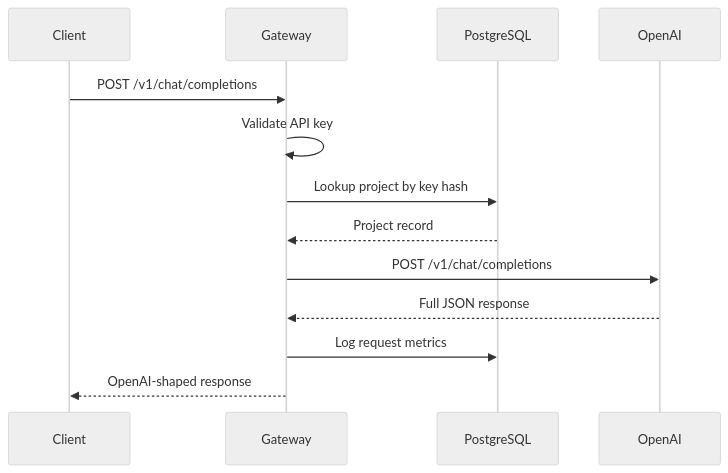
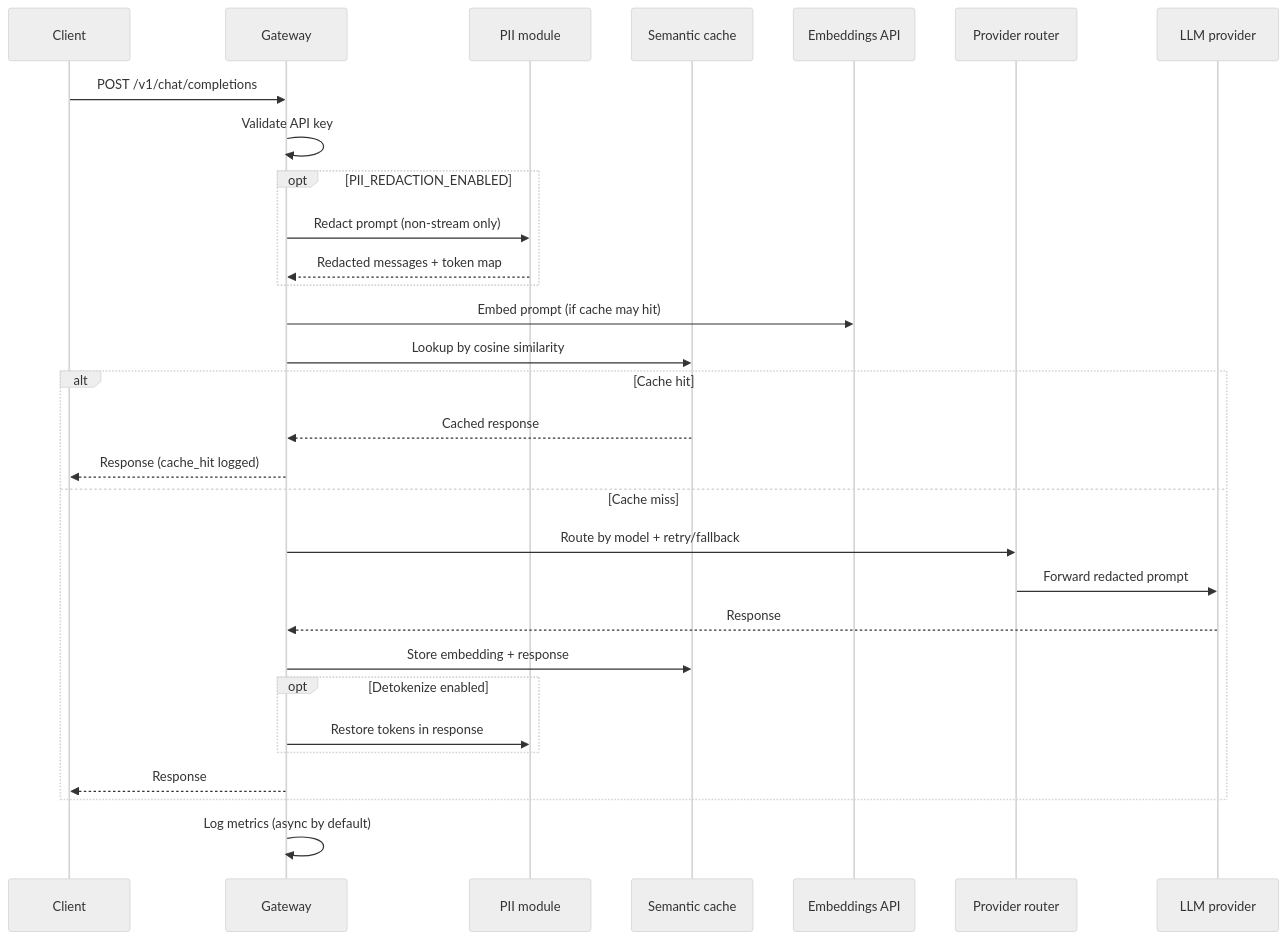
One commit to AseelHerzallah1/llm-gateway changed the second of 4 diagrams in docs/ARCHITECTURE.md. Above: the diagram before and after it, drawn with Mermaid (neutral theme). The commit also changed other lines of this file and 23 other files, not shown here.

````diff
--- a/docs/ARCHITECTURE.md
+++ b/docs/ARCHITECTURE.md
@@ -19,16 +21,33 @@
 ```mermaid
 sequenceDiagram
     participant C as Client
     participant G as Gateway
-    participant DB as PostgreSQL
-    participant O as OpenAI
+    participant PII as PII module
+    participant Cache as Semantic cache
+    participant E as Embeddings API
+    participant R as Provider router
+    participant P as LLM provider
 
     C->>G: POST /v1/chat/completions
     G->>G: Validate API key
-    G->>DB: Lookup project by key hash
-    DB-->>G: Project record
-    G->>O: POST /v1/chat/completions
-    O-->>G: Full JSON response
-    G->>DB: Log request metrics
-    G-->>C: OpenAI-shaped response
+    opt PII_REDACTION_ENABLED
+        G->>PII: Redact prompt (non-stream only)
+        PII-->>G: Redacted messages + token map
+    end
+    G->>E: Embed prompt (if cache may hit)
+    G->>Cache: Lookup by cosine similarity
+    alt Cache hit
+        Cache-->>G: Cached response
+        G-->>C: Response (cache_hit logged)
+    else Cache miss
+        G->>R: Route by model + retry/fallback
+        R->>P: Forward redacted prompt
+        P-->>G: Response
+        G->>Cache: Store embedding + response
+        opt Detokenize enabled
+            G->>PII: Restore tokens in response
+        end
+        G-->>C: Response
+    end
+    G->>G: Log metrics (async by default)
 ```
````
